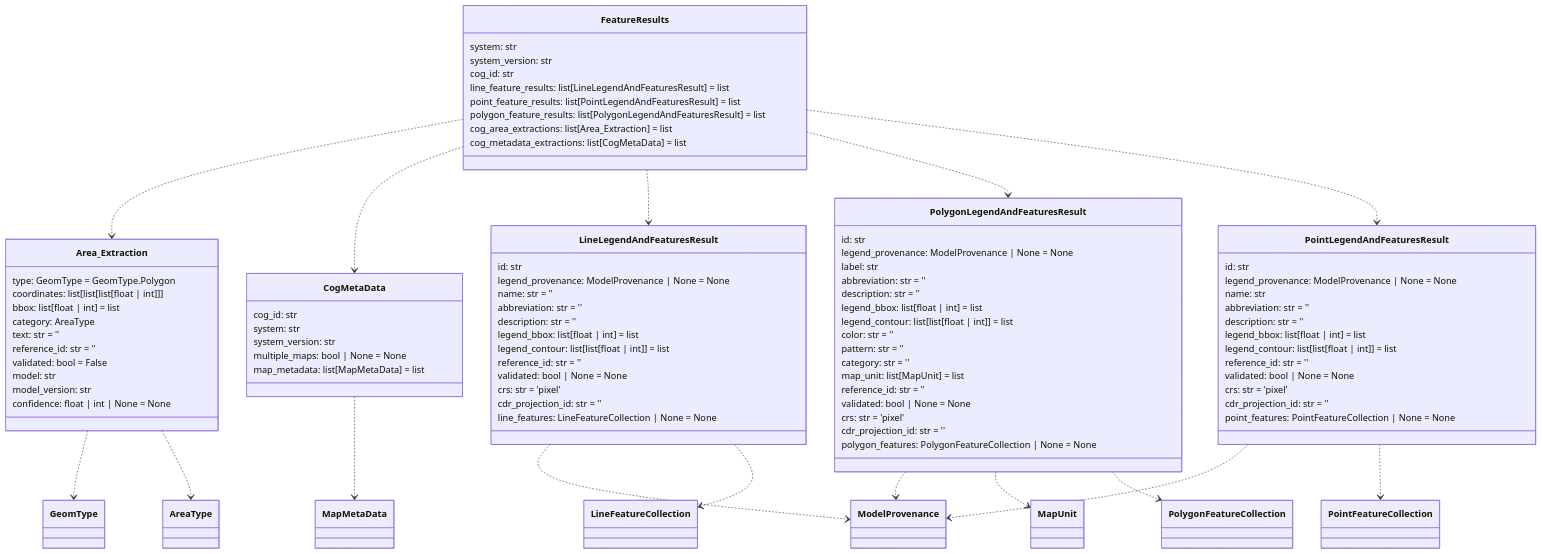
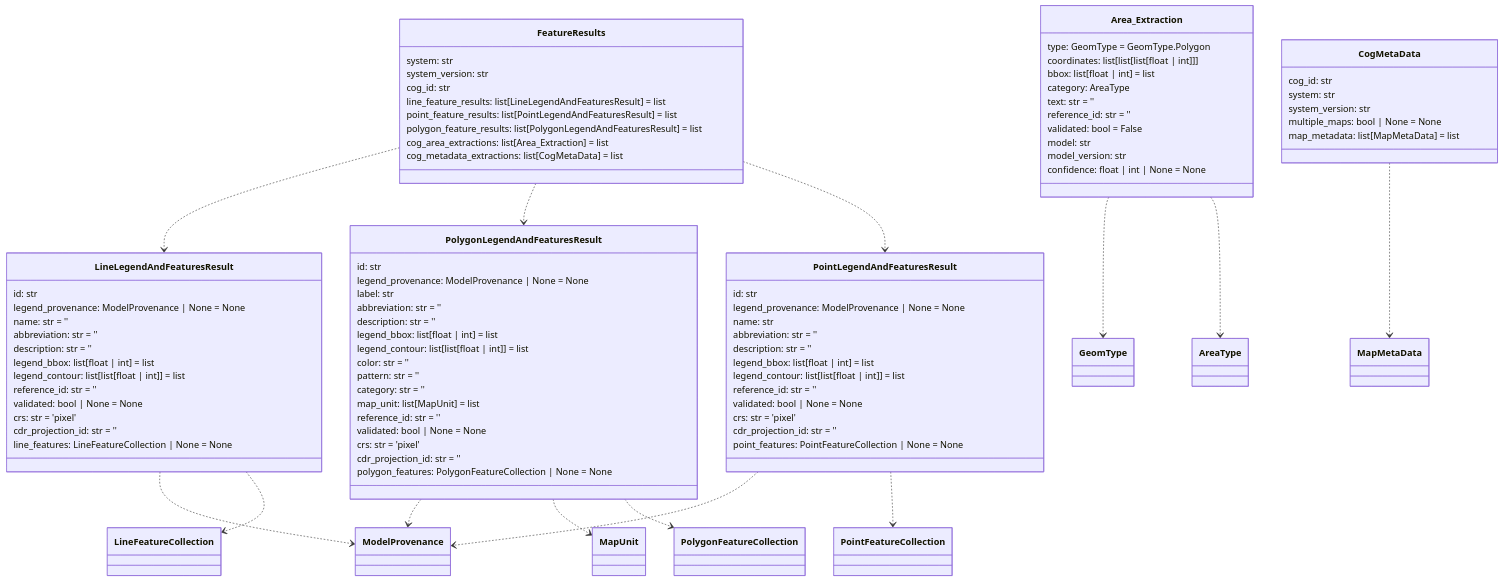
The fourth of 14 diagrams in README.md (DARPA-CRITICALMAAS/cdr_schemas), drawn with Mermaid before and after one commit. The commit also changed other lines of this file and 3 other files, not shown here.

```diff
--- a/README.md
+++ b/README.md
@@ -349,8 +365,6 @@
     PolygonLegendAndFeaturesResult ..> MapUnit
     PolygonLegendAndFeaturesResult ..> PolygonFeatureCollection
     CogMetaData ..> MapMetaData
-    FeatureResults ..> Area_Extraction
-    FeatureResults ..> CogMetaData
     FeatureResults ..> LineLegendAndFeaturesResult
     FeatureResults ..> PolygonLegendAndFeaturesResult
     FeatureResults ..> PointLegendAndFeaturesResult
```
